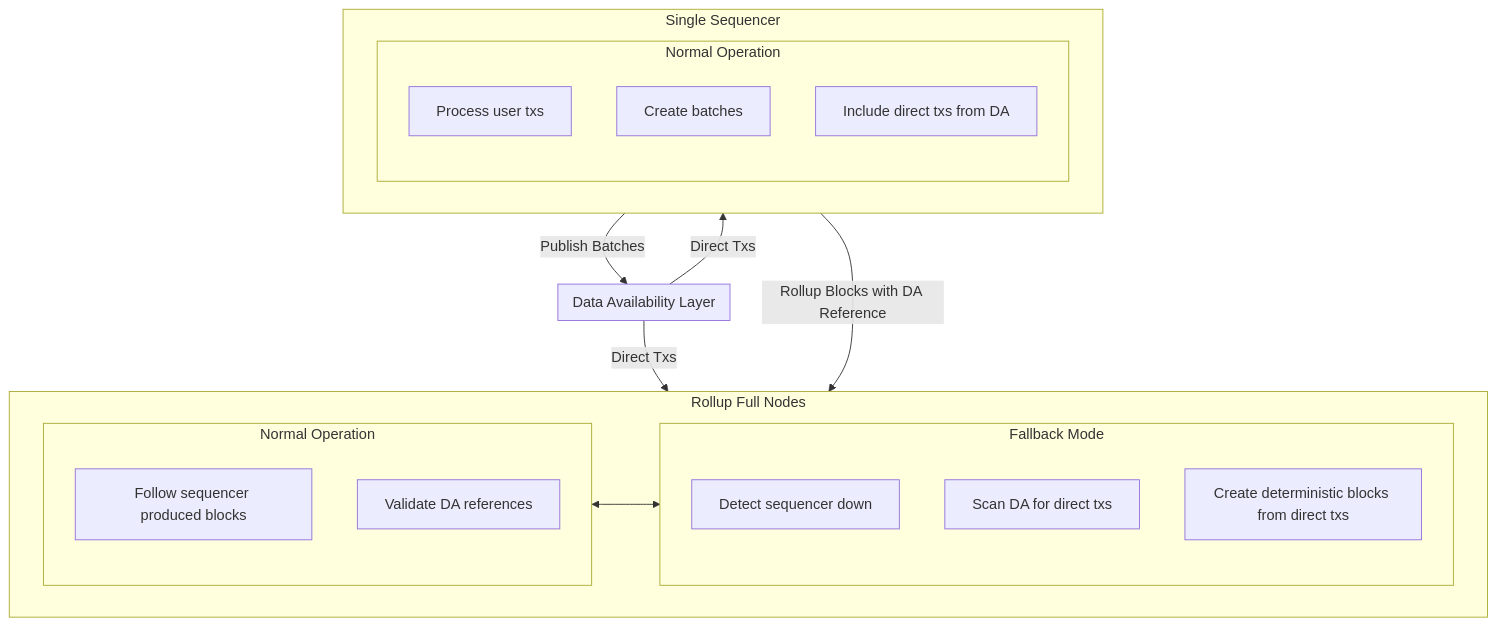
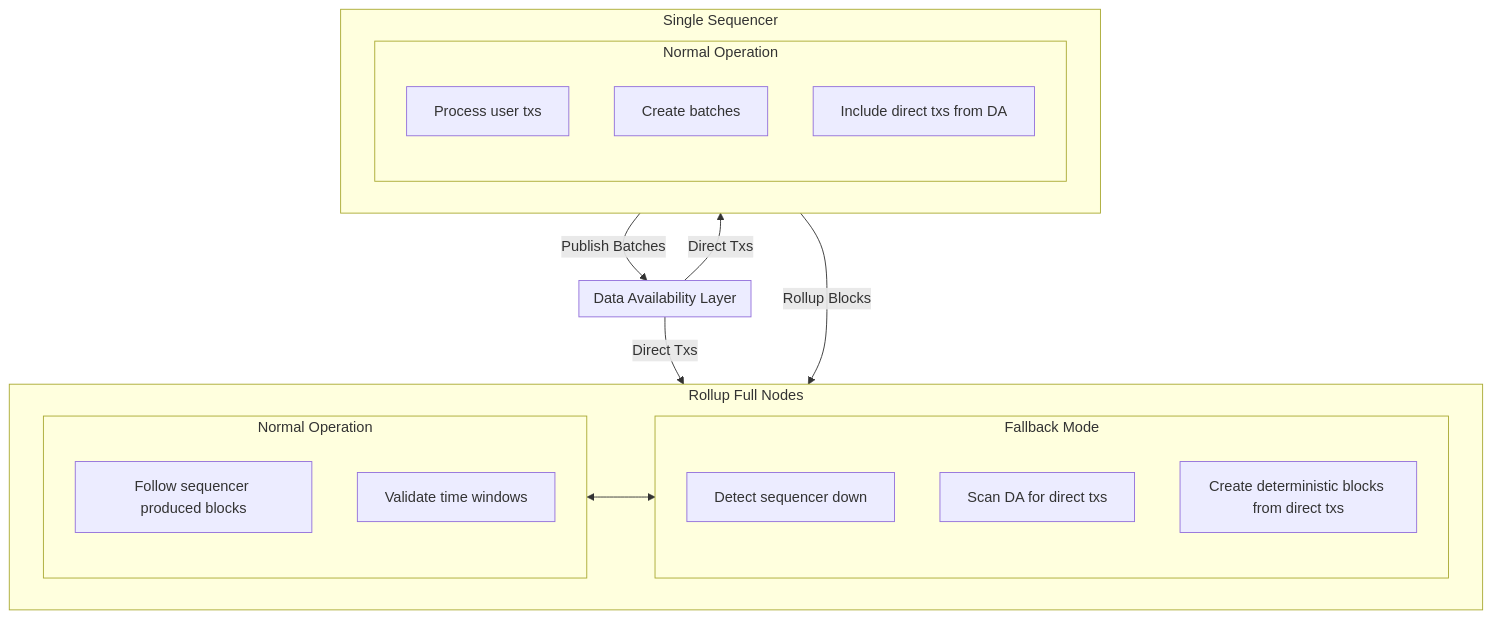
The first of 2 diagrams in specs/lazy-adr/adr-018-forced-inclusion-mechanism.md (rollkit/rollkit), drawn with Mermaid before and after one commit. The commit also changed other lines of this file, not shown here.

Commit message:
Use time-based inclusion delay from DA

````diff
--- a/specs/lazy-adr/adr-018-forced-inclusion-mechanism.md
+++ b/specs/lazy-adr/adr-018-forced-inclusion-mechanism.md
@@ -73,33 +38,33 @@
 ```mermaid
 flowchart TB
     subgraph DAL["Data Availability Layer"]
     end
 
     subgraph SEQ["Single Sequencer"]
         subgraph NO["Normal Operation"]
             direction TB
             process["Process user txs"]
             create["Create batches"]
             include["Include direct txs from DA"]
         end
     end
 
     subgraph FN["Rollup Full Nodes"]
         subgraph NormalOp["Normal Operation"]
             follow["Follow sequencer produced blocks"]
-            validate["Validate DA references"]
+            validate["Validate time windows"]
         end
         
         subgraph FallbackMode["Fallback Mode"]
             detect["Detect sequencer down"]
             scan["Scan DA for direct txs"]
             createBlocks["Create deterministic blocks from direct txs"]
         end
     end
 
     SEQ -->|"Publish Batches"| DAL
     DAL -->|"Direct Txs"| SEQ
     DAL -->|"Direct Txs"| FN
-    SEQ -->|"Rollup Blocks with DA Reference"| FN
+    SEQ -->|"Rollup Blocks"| FN
     NormalOp <--> FallbackMode
 ```
````
